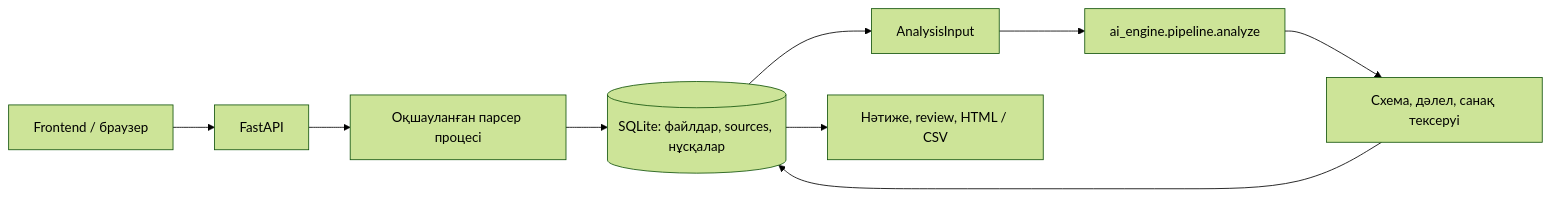
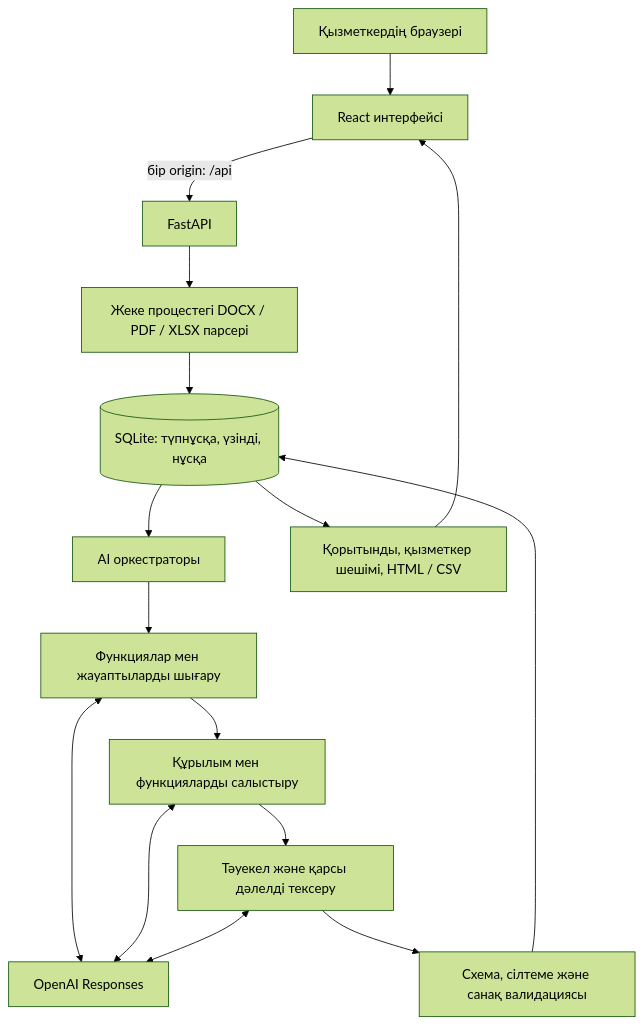
One commit to BAITC-Hacks/hack-316738af-bek changed the diagram in README.md. Above: the diagram before and after it, drawn with Mermaid (forest theme). The commit also changed other lines of this file and 20 other files, not shown here.

````diff
--- a/README.md
+++ b/README.md
@@ -53,11 +73,18 @@
 ```mermaid
-flowchart LR
-  Browser[Frontend / браузер] --> API[FastAPI]
-  API --> Parser[Оқшауланған парсер процесі]
-  Parser --> DB[(SQLite: файлдар, sources, нұсқалар)]
-  DB --> Input[AnalysisInput]
-  Input --> Engine[ai_engine.pipeline.analyze]
-  Engine --> Guard[Схема, дәлел, санақ тексеруі]
-  Guard --> DB
-  DB --> Report[Нәтиже, review, HTML / CSV]
+flowchart TD
+    U[Қызметкердің браузері] --> F[React интерфейсі]
+    F -->|бір origin: /api| B[FastAPI]
+    B --> P[Жеке процестегі DOCX / PDF / XLSX парсері]
+    P --> D[(SQLite: түпнұсқа, үзінді, нұсқа)]
+    D --> E[AI оркестраторы]
+    E --> X[Функциялар мен жауаптыларды шығару]
+    X --> M[Құрылым мен функцияларды салыстыру]
+    M --> V[Тәуекел және қарсы дәлелді тексеру]
+    X <--> O[OpenAI Responses]
+    M <--> O
+    V <--> O
+    V --> G[Схема, сілтеме және санақ валидациясы]
+    G --> D
+    D --> R[Қорытынды, қызметкер шешімі, HTML / CSV]
+    R --> F
 ```
````
